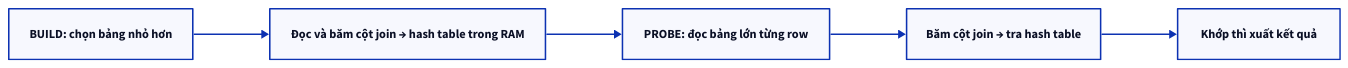
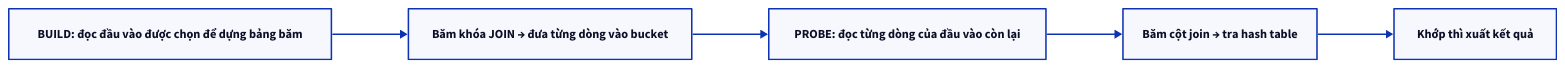
One commit to vanhiep99w/sql changed the fourth of 7 diagrams in content/docs/fundamentals/join-deep-dive.md. Above: the diagram before and after it, drawn with D2. The commit also changed other lines of this file, not shown here.

Commit message:
docs: explain hash join build and bucket probing

````diff
--- a/content/docs/fundamentals/join-deep-dive.md
+++ b/content/docs/fundamentals/join-deep-dive.md
@@ -324,9 +326,9 @@
 ```d2 title="Hash Join gồm hai pha"
 direction: right
-n0: "BUILD: chọn bảng nhỏ hơn"
-n1: "Đọc và băm cột join → hash table trong RAM"
-n2: "PROBE: đọc bảng lớn từng row"
+n0: "BUILD: đọc đầu vào được chọn để dựng bảng băm"
+n1: "Băm khóa JOIN → đưa từng dòng vào bucket"
+n2: "PROBE: đọc từng dòng của đầu vào còn lại"
 n3: "Băm cột join → tra hash table"
 n4: "Khớp thì xuất kết quả"
 n0 -> n1 -> n2 -> n3 -> n4
 ```
````
